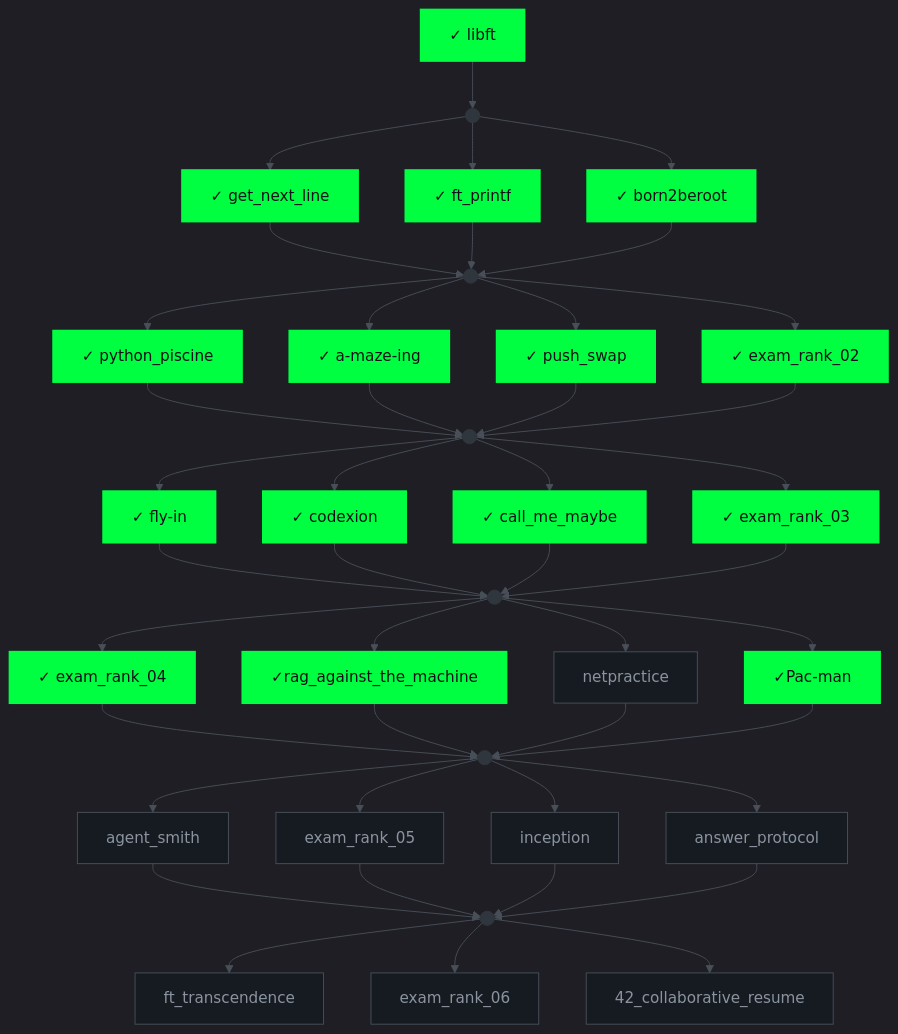
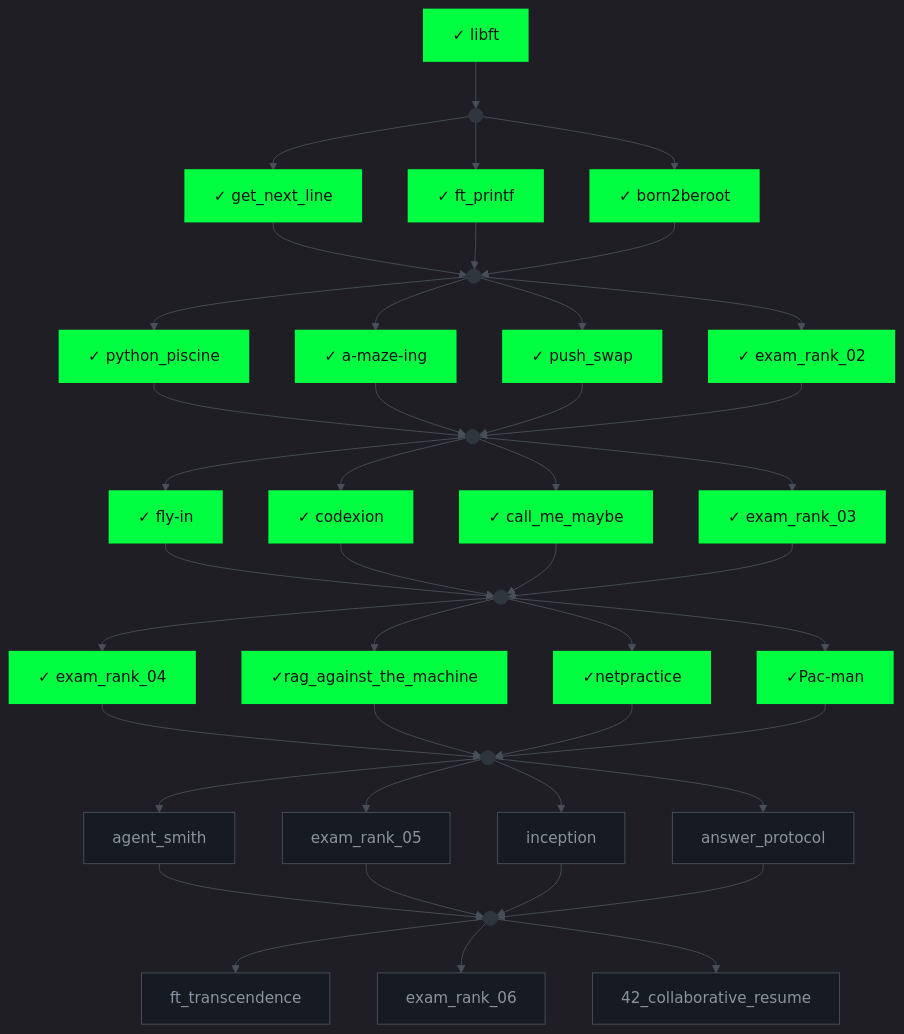
One commit to 0hmza/0hmza changed the diagram in README.md. Above: the diagram before and after it, drawn with Mermaid.

````diff
--- a/README.md
+++ b/README.md
@@ -55,60 +55,60 @@
 ```mermaid
 %%{init: {'theme':'dark','themeVariables':{'primaryColor':'#0D1117','primaryTextColor':'#C9D1D9','primaryBorderColor':'#30363D','lineColor':'#484F58','fontFamily':'monospace','fontSize':'16px'}}}%%
 graph TD
     LIB["✓ libft"]:::done --> G0((" ")):::gate
     G0 --> GNL["✓ get_next_line"]:::done
     G0 --> FP["✓ ft_printf"]:::done
     G0 --> B2B["✓ born2beroot"]:::done
 
     GNL --> G1((" ")):::gate
     FP --> G1
     B2B --> G1
 
     G1 --> PY["✓ python_piscine"]:::done
     G1 --> AM["✓ a-maze-ing"]:::done
     G1 --> PS["✓ push_swap"]:::done
     G1 --> E2["✓ exam_rank_02"]:::done
 
     PY --> G2((" ")):::gate
     AM --> G2
     PS --> G2
     E2 --> G2
 
     G2 --> FI["✓ fly-in"]:::done
     G2 --> CX["✓ codexion"]:::done
     G2 --> CMM["✓ call_me_maybe"]:::done
     G2 --> E3["✓ exam_rank_03"]:::done
 
     FI --> G3((" ")):::gate
     CX --> G3
     CMM --> G3
     E3 --> G3
 
     G3 --> E4["✓ exam_rank_04"]:::done
     G3 --> PC["✓Pac-man"]:::done
     G3 --> RAG["✓rag_against_the_machine"]:::done
-    G3 --> NP["netpractice"]:::todo
+    G3 --> NP["✓netpractice"]:::done
 
     E4 --> G4((" ")):::gate
     RAG --> G4
     NP --> G4
     PC --> G4
 
     G4 --> AS["agent_smith"]:::todo
     G4 --> E5["exam_rank_05"]:::todo
     G4 --> INC["inception"]:::todo
     G4 --> AP["answer_protocol"]:::todo
 
     AS --> G5((" ")):::gate
     E5 --> G5
     INC --> G5
     AP --> G5
 
     G5 --> FT["ft_transcendence"]:::todo
     G5 --> E6["exam_rank_06"]:::todo
     G5 --> CR["42_collaborative_resume"]:::todo
 
     classDef done fill:#00FF41,stroke:#00FF41,color:#0D1117,stroke-width:2px
     classDef todo fill:#161B22,stroke:#484F58,color:#8B949E
     classDef gate fill:#30363D,stroke:#30363D,color:#30363D
 ```
````
